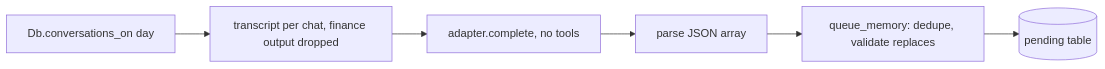
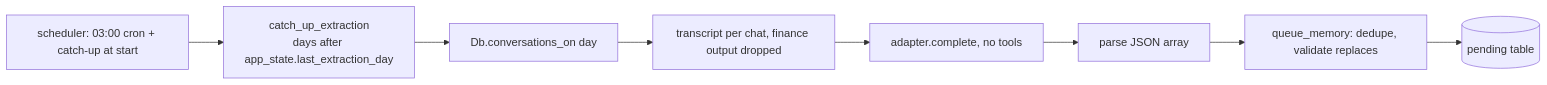
Before and after one commit to sarathkumar365/Ka: the diagram in context/flows/nightly-extraction.md, drawn with Mermaid. The commit also changed other lines of this file and 31 other files, not shown here.

````diff
--- a/context/flows/nightly-extraction.md
+++ b/context/flows/nightly-extraction.md
@@ -5,8 +5,10 @@
 ```mermaid
 flowchart LR
+    S[scheduler: 03:00 cron + catch-up at start] --> C[catch_up_extraction<br/>days after app_state.last_extraction_day]
+    C --> D
     D[Db.conversations_on day] --> T[transcript per chat, finance output dropped]
     T --> M[adapter.complete, no tools]
     M --> J[parse JSON array]
     J --> Q[queue_memory: dedupe, validate replaces]
     Q --> P[(pending table)]
 ```
````
